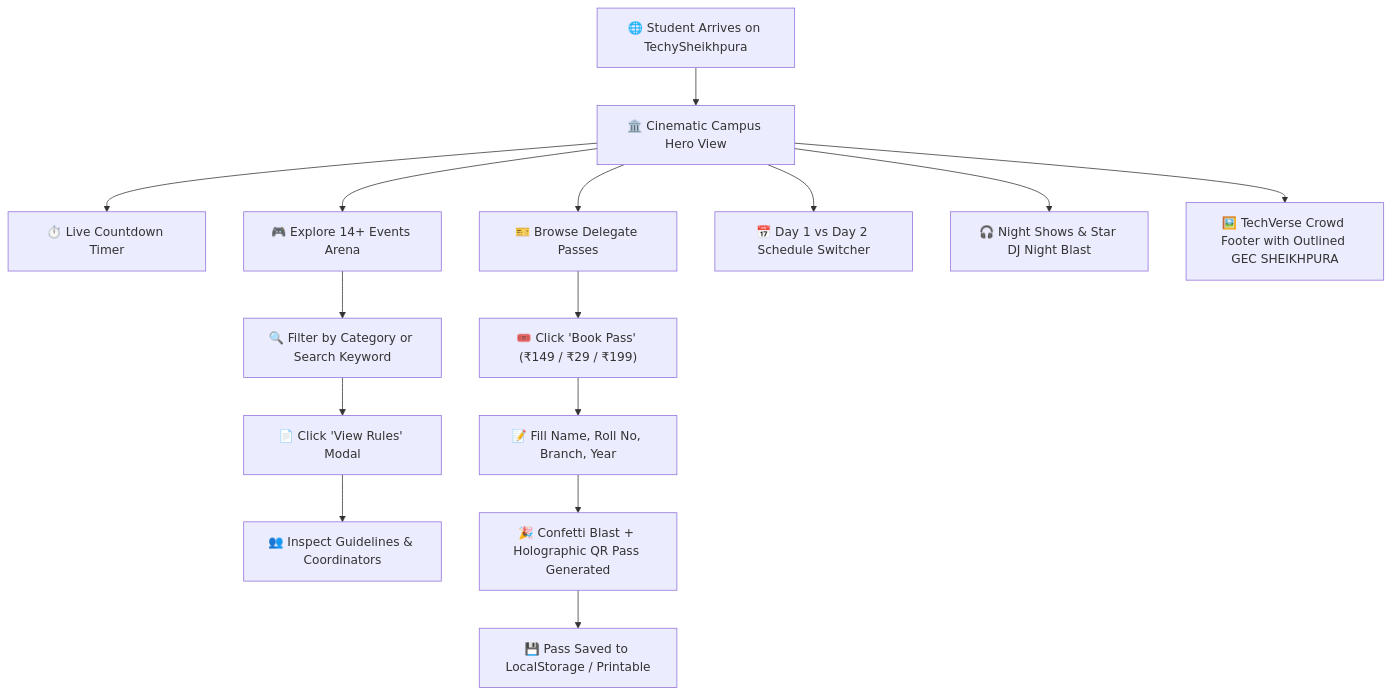
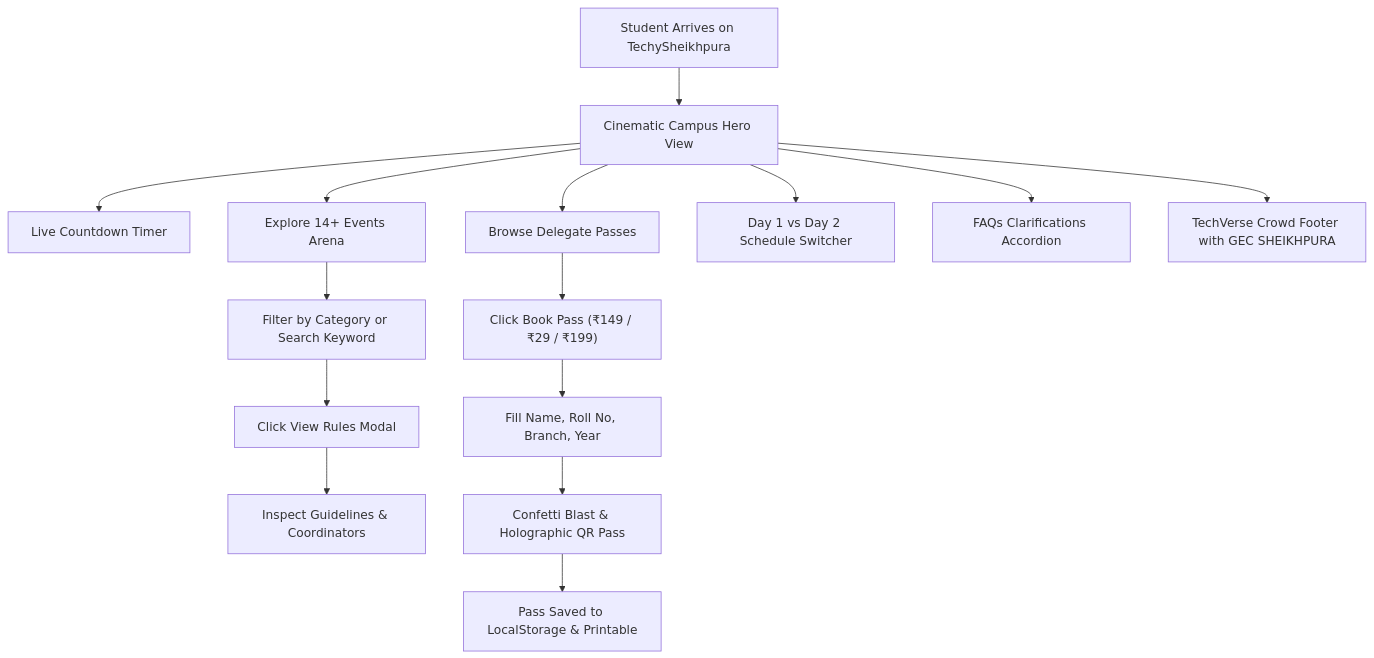
One commit to Dilkhushkumardev/TechySheikhpura changed the diagram in docs/PRD.md. Above: the diagram before and after it, drawn with Mermaid. The commit also changed other lines of this file and 20 other files, not shown here.

````diff
--- a/docs/PRD.md
+++ b/docs/PRD.md
@@ -29,20 +21,20 @@
 ```mermaid
 flowchart TD
-    A["🌐 Student Arrives on TechySheikhpura"] --> B["🏛️ Cinematic Campus Hero View"]
-    B --> C["⏱️ Live Countdown Timer"]
-    B --> D["🎫 Browse Delegate Passes"]
-    B --> E["🎮 Explore 14+ Events Arena"]
+    A["Student Arrives on TechySheikhpura"] --> B["Cinematic Campus Hero View"]
+    B --> C["Live Countdown Timer"]
+    B --> D["Browse Delegate Passes"]
+    B --> E["Explore 14+ Events Arena"]
 
-    E --> F["🔍 Filter by Category or Search Keyword"]
-    F --> G["📄 Click 'View Rules' Modal"]
-    G --> H["👥 Inspect Guidelines & Coordinators"]
-    
-    D --> I["🎟️ Click 'Book Pass' (₹149 / ₹29 / ₹199)"]
-    I --> J["📝 Fill Name, Roll No, Branch, Year"]
-    J --> K["🎉 Confetti Blast + Holographic QR Pass Generated"]
-    K --> L["💾 Pass Saved to LocalStorage / Printable"]
+    E --> F["Filter by Category or Search Keyword"]
+    F --> G["Click View Rules Modal"]
+    G --> H["Inspect Guidelines & Coordinators"]
 
-    B --> M["📅 Day 1 vs Day 2 Schedule Switcher"]
-    B --> N["🎧 Night Shows & Star DJ Night Blast"]
-    B --> O["🖼️ TechVerse Crowd Footer with Outlined GEC SHEIKHPURA"]
+    D --> I["Click Book Pass (₹149 / ₹29 / ₹199)"]
+    I --> J["Fill Name, Roll No, Branch, Year"]
+    J --> K["Confetti Blast & Holographic QR Pass"]
+    K --> L["Pass Saved to LocalStorage & Printable"]
+
+    B --> M["Day 1 vs Day 2 Schedule Switcher"]
+    B --> N["FAQs Clarifications Accordion"]
+    B --> O["TechVerse Crowd Footer with GEC SHEIKHPURA"]
 ```
````
